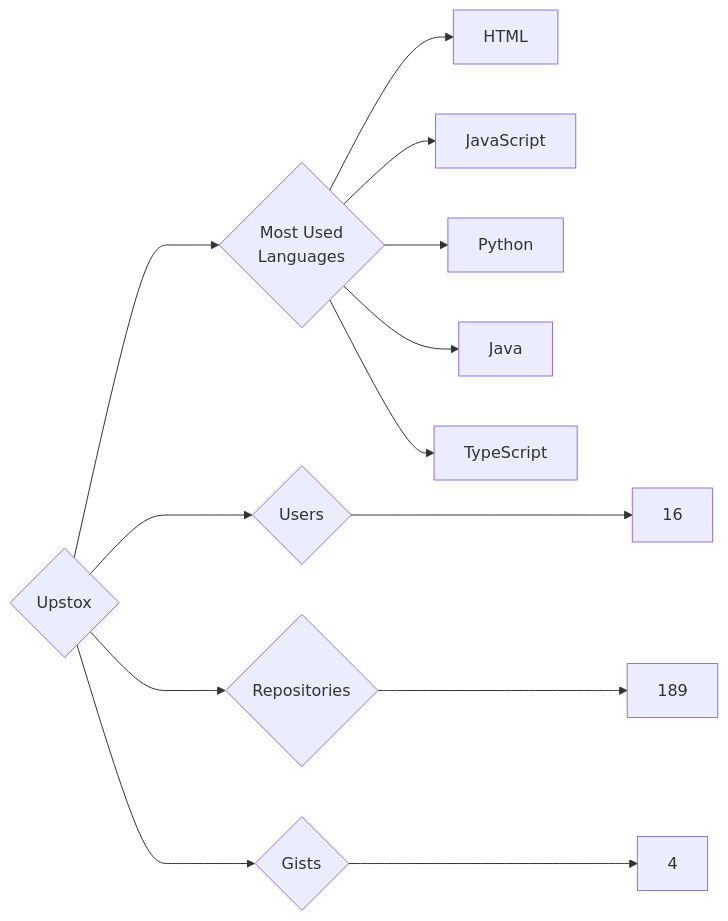
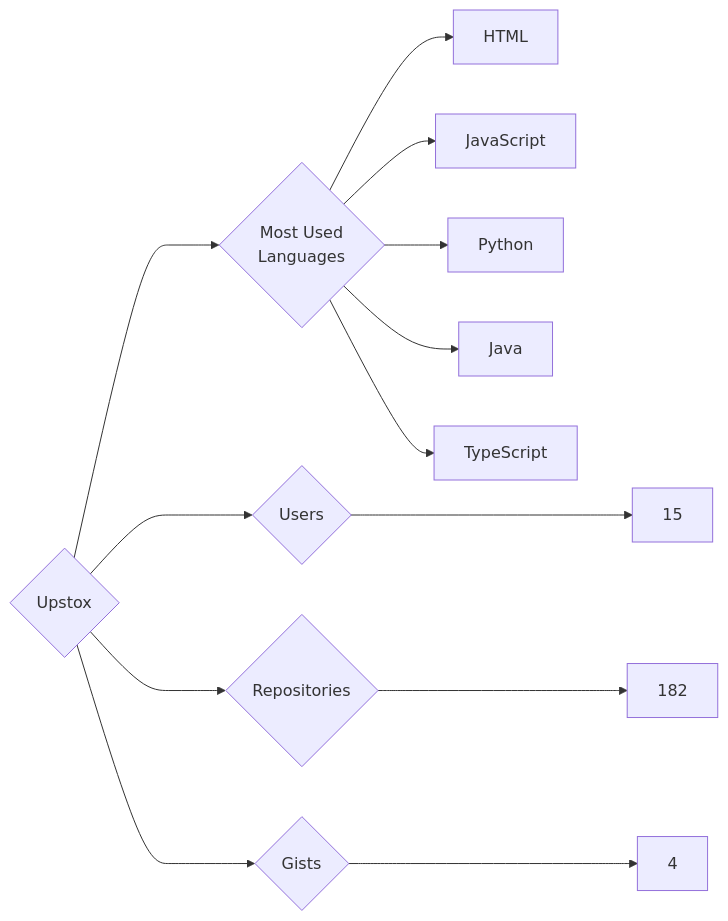
The diagram in targets/Upstox/README.md (trickest/insiders), drawn with Mermaid before and after one commit. The commit also changed 1508 other files, not shown here.

````diff
--- a/targets/Upstox/README.md
+++ b/targets/Upstox/README.md
@@ -3,13 +3,13 @@
 ```mermaid
 graph LR
 COMPANY_NAME{Upstox}
-COMPANY_NAME ---> U{Users} ---> UN[16]
-COMPANY_NAME ---> R{Repositories} ---> RN[189]
+COMPANY_NAME ---> U{Users} ---> UN[15]
+COMPANY_NAME ---> R{Repositories} ---> RN[182]
 COMPANY_NAME ---> G{Gists} ---> GN[4]
 COMPANY_NAME ---> ML{Most Used<br>Languages}
 ML --> HTML[HTML]
 ML --> JavaScript[JavaScript]
 ML --> Python[Python]
 ML --> Java[Java]
 ML --> TypeScript[TypeScript]
 ```
````
